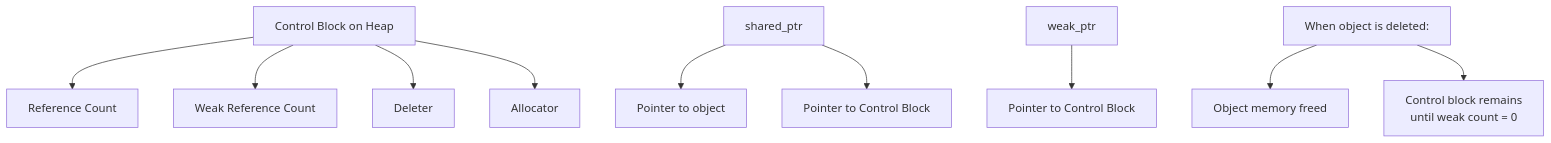
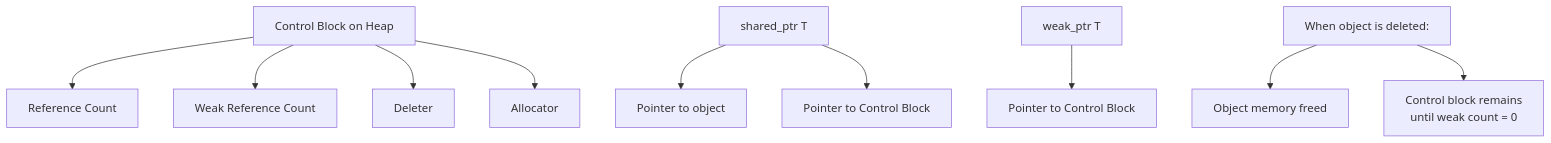
One commit to sushmitassathe25/Cpp-Pointers changed the eighth of 11 diagrams in Weak pointers.md. Above: the diagram before and after it, drawn with Mermaid. The commit also changed other lines of this file, not shown here.

Commit message:
Fix mermaid diagram syntax in Weak Pointer Lifecycle section

````diff
--- a/Weak pointers.md
+++ b/Weak pointers.md
@@ -568,16 +568,16 @@
 ```mermaid
 graph TD
     A["Control Block on Heap"] --> B["Reference Count"]
     A --> C["Weak Reference Count"]
     A --> D["Deleter"]
     A --> E["Allocator"]
     
-    F["shared_ptr<T>"] --> G["Pointer to object"]
+    F["shared_ptr T"] --> G["Pointer to object"]
     F --> H["Pointer to Control Block"]
     
-    I["weak_ptr<T>"] --> J["Pointer to Control Block"]
+    I["weak_ptr T"] --> J["Pointer to Control Block"]
     
     K["When object is deleted:"]
     K --> L["Object memory freed"]
     K --> M["Control block remains<br/>until weak count = 0"]
 ```
````
